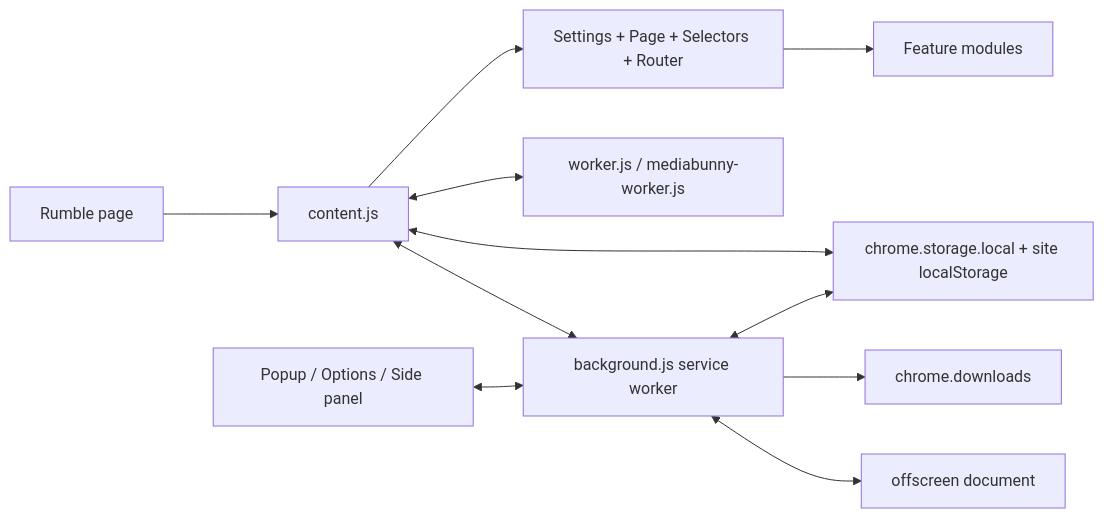
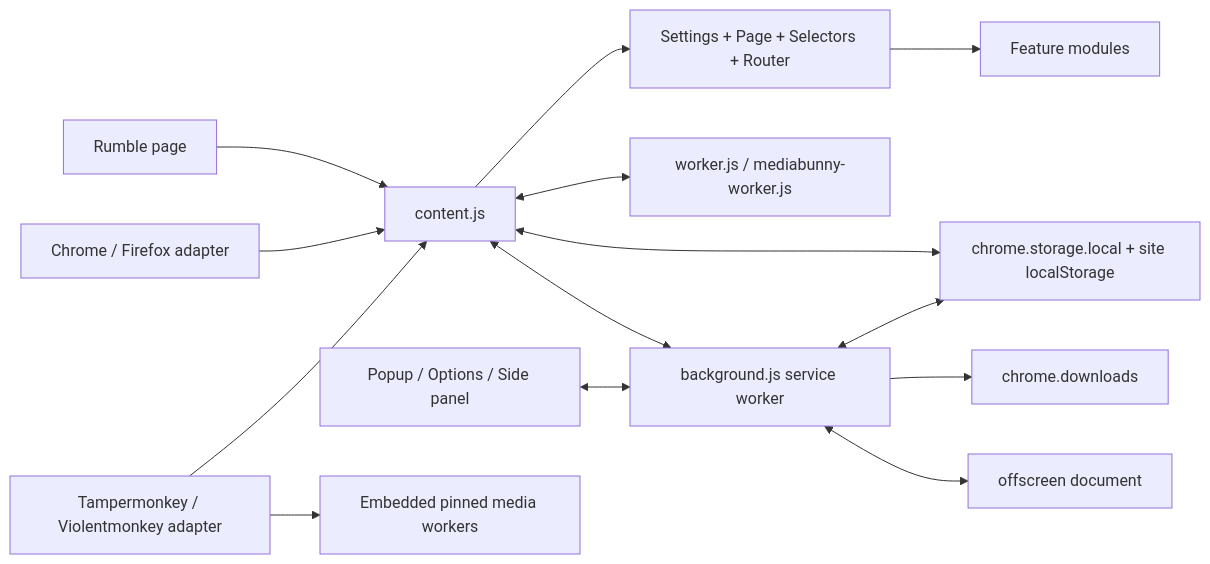
Before and after one commit to SysAdminDoc/RumbleX: the diagram in README.md, drawn with Mermaid. The commit also changed other lines of this file and 53 other files, not shown here.

````diff
--- a/README.md
+++ b/README.md
@@ -176,13 +189,16 @@
 ```mermaid
 flowchart LR
     Site[Rumble page] --> Content[content.js]
+    Extension[Chrome / Firefox adapter] --> Content
+    Userscript[Tampermonkey / Violentmonkey adapter] --> Content
     Content --> Core[Settings + Page + Selectors + Router]
     Core --> Features[Feature modules]
     Content <--> Worker[worker.js / mediabunny-worker.js]
     Content <--> Background[background.js service worker]
     Popup[Popup / Options / Side panel] <--> Background
     Content <--> Storage[chrome.storage.local + site localStorage]
     Background <--> Storage
     Background --> Downloads[chrome.downloads]
     Background <--> Offscreen[offscreen document]
+    Userscript --> Embedded[Embedded pinned media workers]
 ```
````
